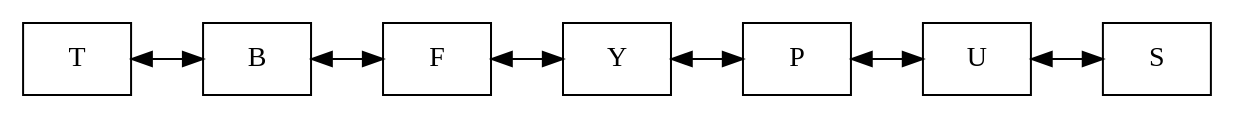
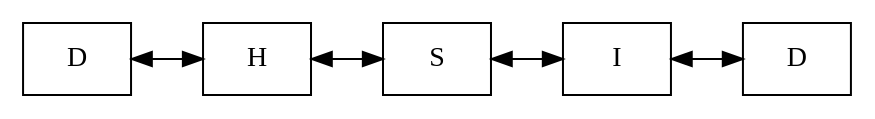
One commit to RoberttHernan/EDD_1S2020_PY1_201700870 changed the diagram in dot_s/lista_letras_player_uno.dot. Above: the diagram before and after it, drawn with Graphviz. The commit also changed 14 other files, not shown here.

```diff
--- a/dot_s/lista_letras_player_uno.dot
+++ b/dot_s/lista_letras_player_uno.dot
@@ -1,13 +1,11 @@
 digraph G {
  rankdir=LR 
  node[shape=box] 
-node1[label = "T"]
-node2[label = "B"]
-node3[label = "F"]
-node4[label = "Y"]
-node5[label = "P"]
-node6[label = "U"]
-node7[label = "S"]
-node1->node2->node3->node4->node5->node6->node7[dir=both];
+node1[label = "D"]
+node2[label = "H"]
+node3[label = "S"]
+node4[label = "I"]
+node5[label = "D"]
+node1->node2->node3->node4->node5[dir=both];
 
 }
```
